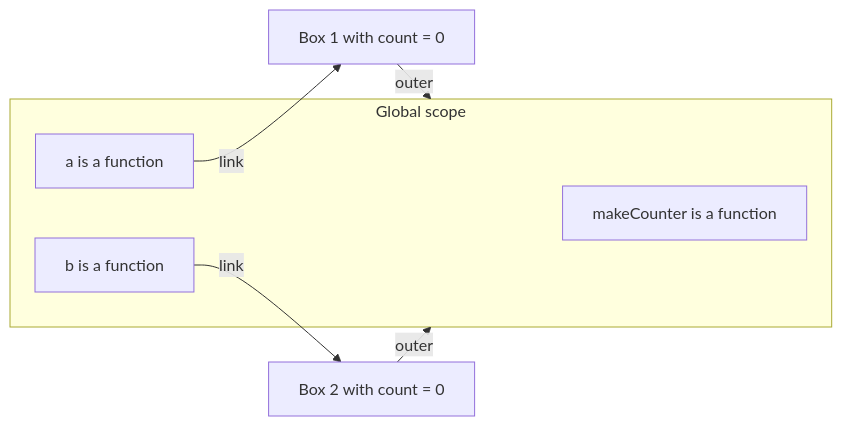
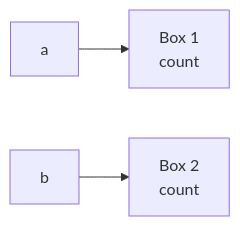
Before and after one commit to starjustice/research-material: the second of 4 diagrams in learn/javascript/05-closures.md, drawn with Mermaid. The commit also changed other lines of this file, not shown here.

````diff
--- a/learn/javascript/05-closures.md
+++ b/learn/javascript/05-closures.md
@@ -95,12 +99,5 @@
 ```mermaid
 graph LR
-    subgraph GS ["Global scope"]
-        M["makeCounter is a function"]
-        A["a is a function"]
-        B["b is a function"]
-    end
-    A -->|link| S1["Box 1 with count = 0"]
-    B -->|link| S2["Box 2 with count = 0"]
-    S1 -->|outer| GS
-    S2 -->|outer| GS
+    A["a"] --> S1["Box 1<br/>count"]
+    B["b"] --> S2["Box 2<br/>count"]
 ```
````
